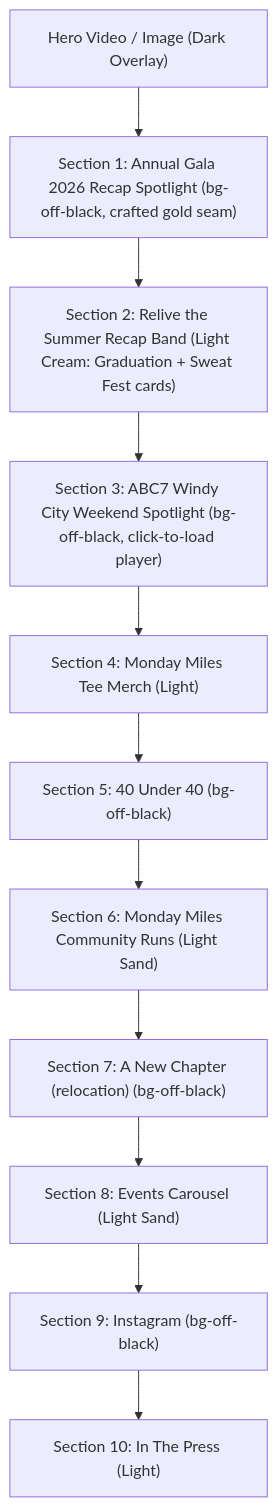
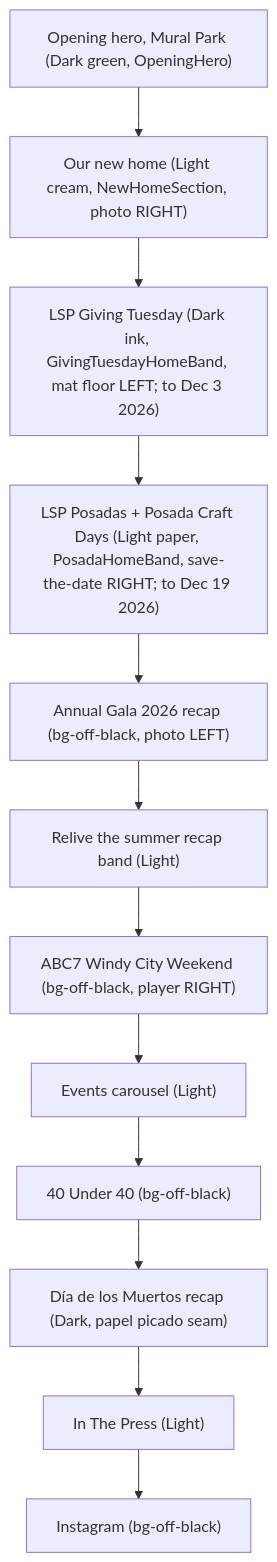
Before and after one commit to awaisqazi/latinasweatproject: the first of 3 diagrams in design.md, drawn with Mermaid. The commit also changed other lines of this file and 16 other files, not shown here.

````diff
--- a/design.md
+++ b/design.md
@@ -34,13 +34,14 @@
 ```mermaid
 graph TD
-    Hero["Hero Video / Image (Dark Overlay)"] --> Sec1["Section 1: Annual Gala 2026 Recap Spotlight (bg-off-black, crafted gold seam)"]
-    Sec1 --> Sec2["Section 2: Relive the Summer Recap Band (Light Cream: Graduation + Sweat Fest cards)"]
-    Sec2 --> Sec3["Section 3: ABC7 Windy City Weekend Spotlight (bg-off-black, click-to-load player)"]
-    Sec3 --> Sec4["Section 4: Monday Miles Tee Merch (Light)"]
-    Sec4 --> Sec5["Section 5: 40 Under 40 (bg-off-black)"]
-    Sec5 --> Sec6["Section 6: Monday Miles Community Runs (Light Sand)"]
-    Sec6 --> Sec7["Section 7: A New Chapter (relocation) (bg-off-black)"]
-    Sec7 --> Sec8["Section 8: Events Carousel (Light Sand)"]
-    Sec8 --> Sec9["Section 9: Instagram (bg-off-black)"]
-    Sec9 --> Sec10["Section 10: In The Press (Light)"]
+    Hero["Opening hero, Mural Park (Dark green, OpeningHero)"] --> Sec1["Our new home (Light cream, NewHomeSection, photo RIGHT)"]
+    Sec1 --> Sec2["LSP Giving Tuesday (Dark ink, GivingTuesdayHomeBand, mat floor LEFT; to Dec 3 2026)"]
+    Sec2 --> Sec3["LSP Posadas + Posada Craft Days (Light paper, PosadaHomeBand, save-the-date RIGHT; to Dec 19 2026)"]
+    Sec3 --> Sec4["Annual Gala 2026 recap (bg-off-black, photo LEFT)"]
+    Sec4 --> Sec5["Relive the summer recap band (Light)"]
+    Sec5 --> Sec6["ABC7 Windy City Weekend (bg-off-black, player RIGHT)"]
+    Sec6 --> Sec7["Events carousel (Light)"]
+    Sec7 --> Sec8["40 Under 40 (bg-off-black)"]
+    Sec8 --> Sec9["Día de los Muertos recap (Dark, papel picado seam)"]
+    Sec9 --> Sec10["In The Press (Light)"]
+    Sec10 --> Sec11["Instagram (bg-off-black)"]
 ```
````
